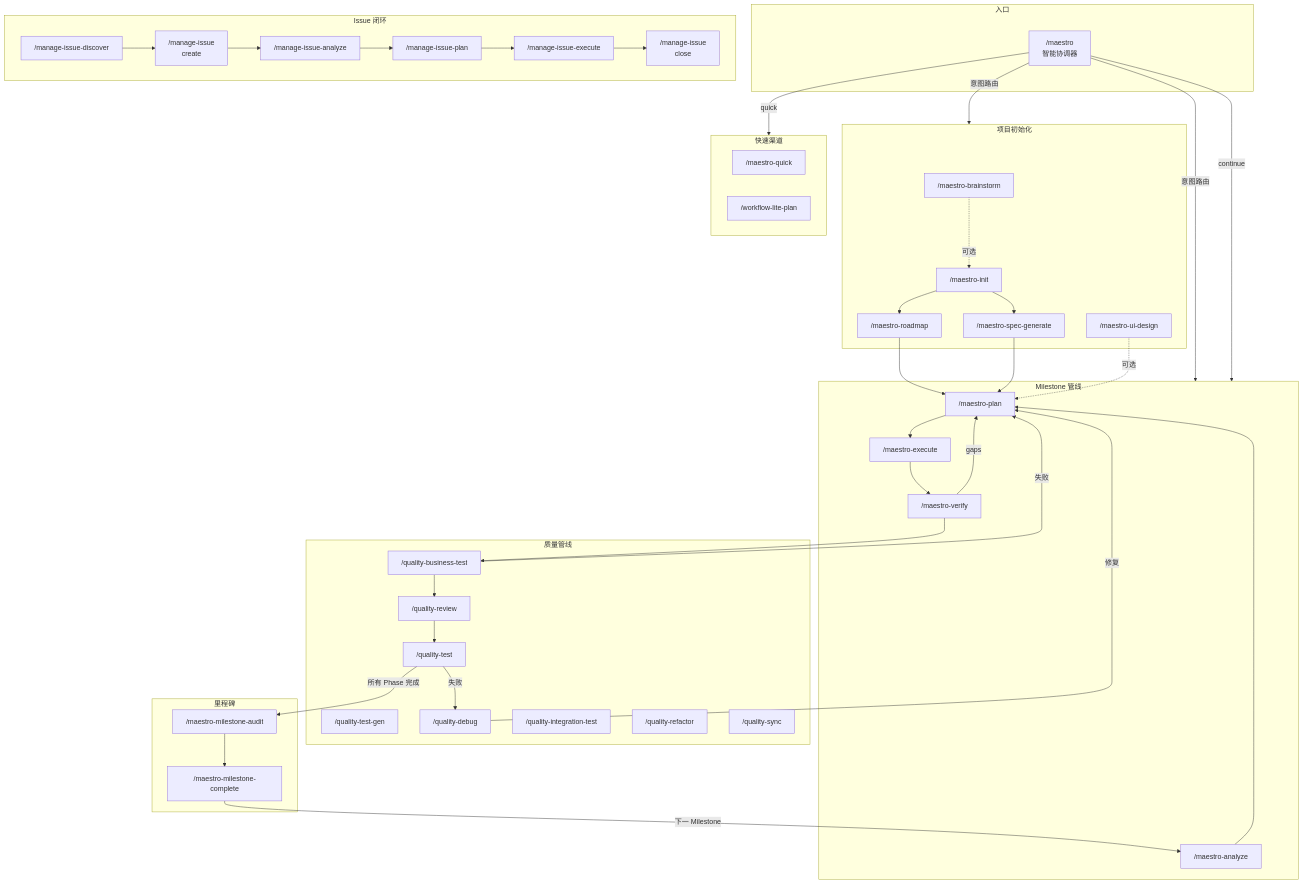
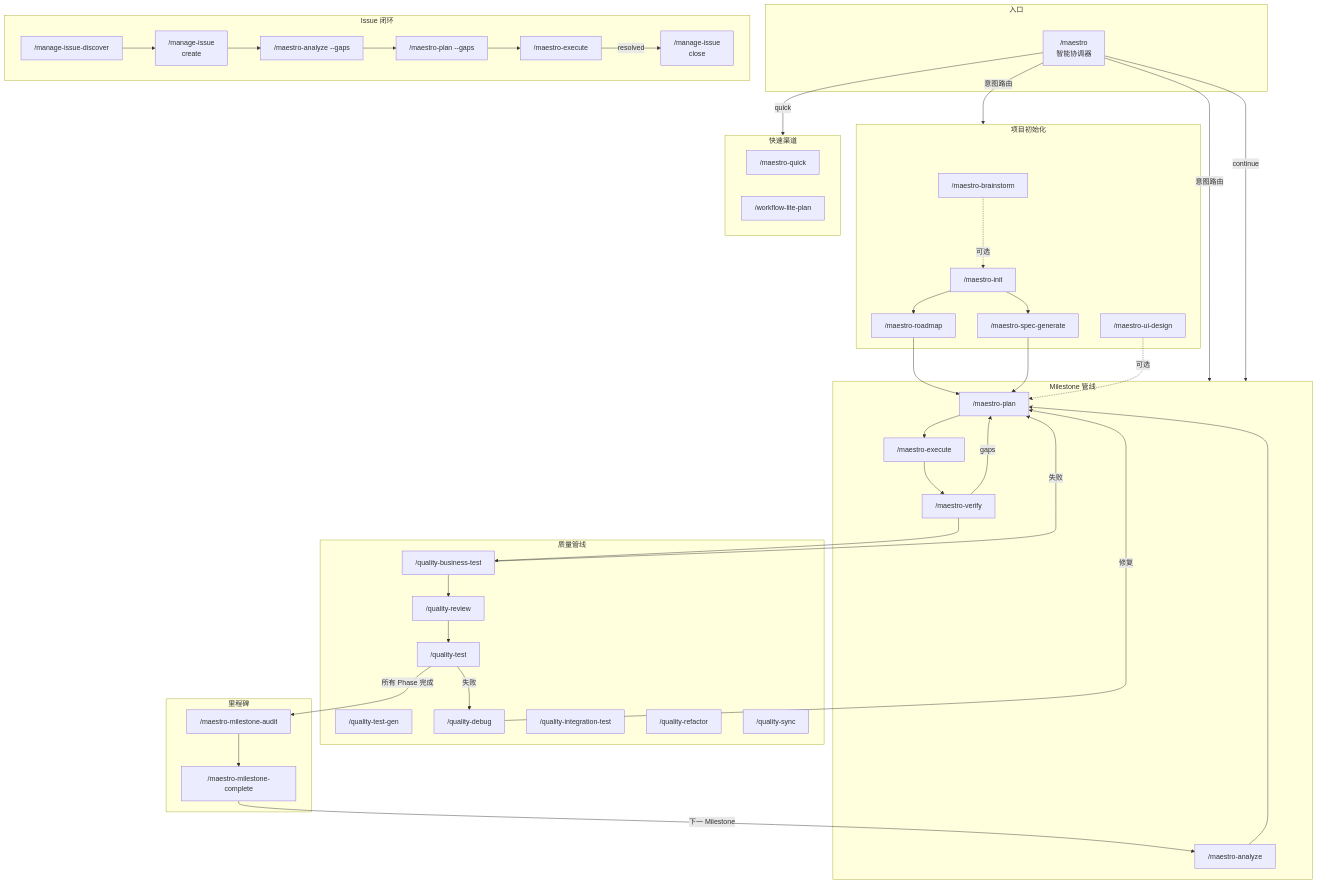
The first of 9 diagrams in guide/command-usage-guide.md (catlog22/maestro-flow), drawn with Mermaid before and after one commit. The commit also changed other lines of this file and 75 other files, not shown here.

```diff
--- a/guide/command-usage-guide.md
+++ b/guide/command-usage-guide.md
@@ -52,9 +52,9 @@
     subgraph issue["Issue 闭环"]
         ID["/manage-issue-discover"]
         IC["/manage-issue<br>create"]
-        IA["/manage-issue-analyze"]
-        IP["/manage-issue-plan"]
-        IE["/manage-issue-execute"]
+        IA["/maestro-analyze --gaps"]
+        IP["/maestro-plan --gaps"]
+        IE["/maestro-execute"]
         ICL["/manage-issue<br>close"]
     end
 
@@ -97,7 +97,7 @@
     IC --> IA
     IA --> IP
     IP --> IE
-    IE --> ICL
+    IE -->|resolved| ICL
 
     MA --> MC
     MC -->|下一 Milestone| AN
```
